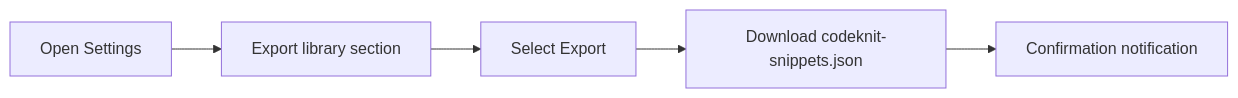
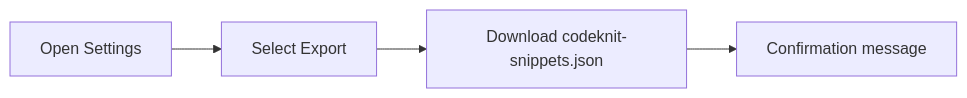
Before and after one commit to Mohita111/API2: the first of 2 diagrams in api2-documentation/plan_2026-11-02_f8890e/user-facing-docs/import-and-export.md, drawn with Mermaid. The commit also changed other lines of this file and 13 other files, not shown here.

````diff
--- a/api2-documentation/plan_2026-11-02_f8890e/user-facing-docs/import-and-export.md
+++ b/api2-documentation/plan_2026-11-02_f8890e/user-facing-docs/import-and-export.md
@@ -38,7 +31,6 @@
 ```mermaid
 graph LR
-    A[Open Settings] --> B[Export library section]
-    B --> C[Select Export]
-    C --> D["Download codeknit-snippets.json"]
-    D --> E[Confirmation notification]
+  A[Open Settings] --> B[Select Export]
+  B --> C["Download codeknit-snippets.json"]
+  C --> D[Confirmation message]
 ```
````
